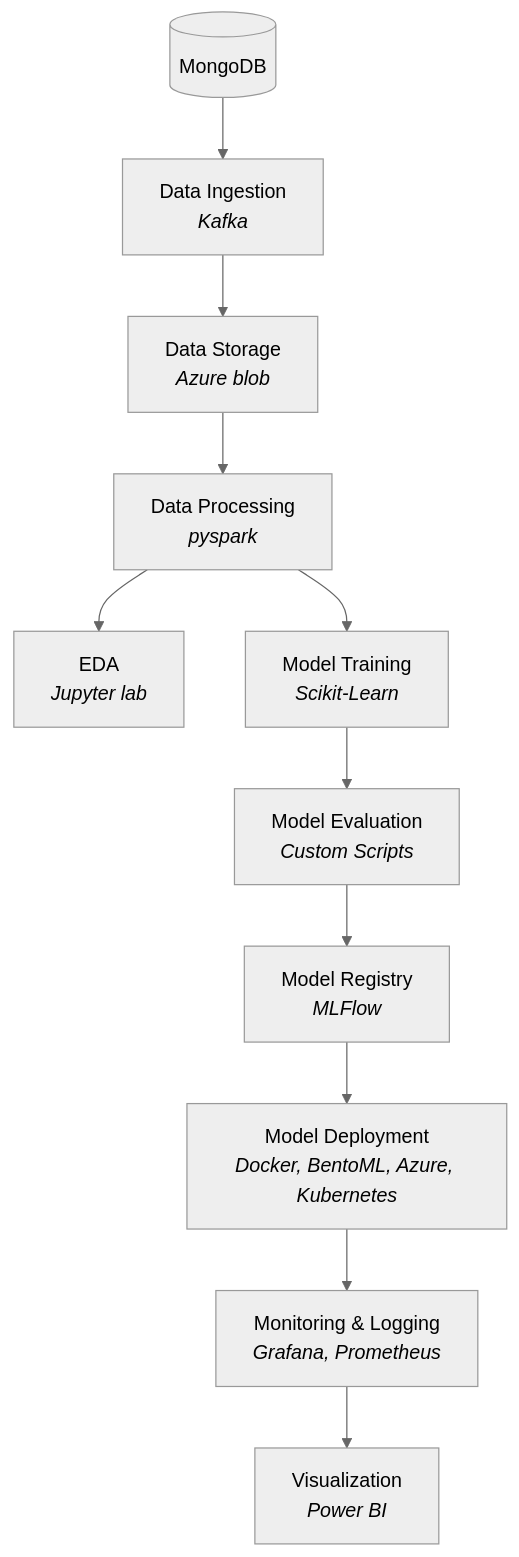
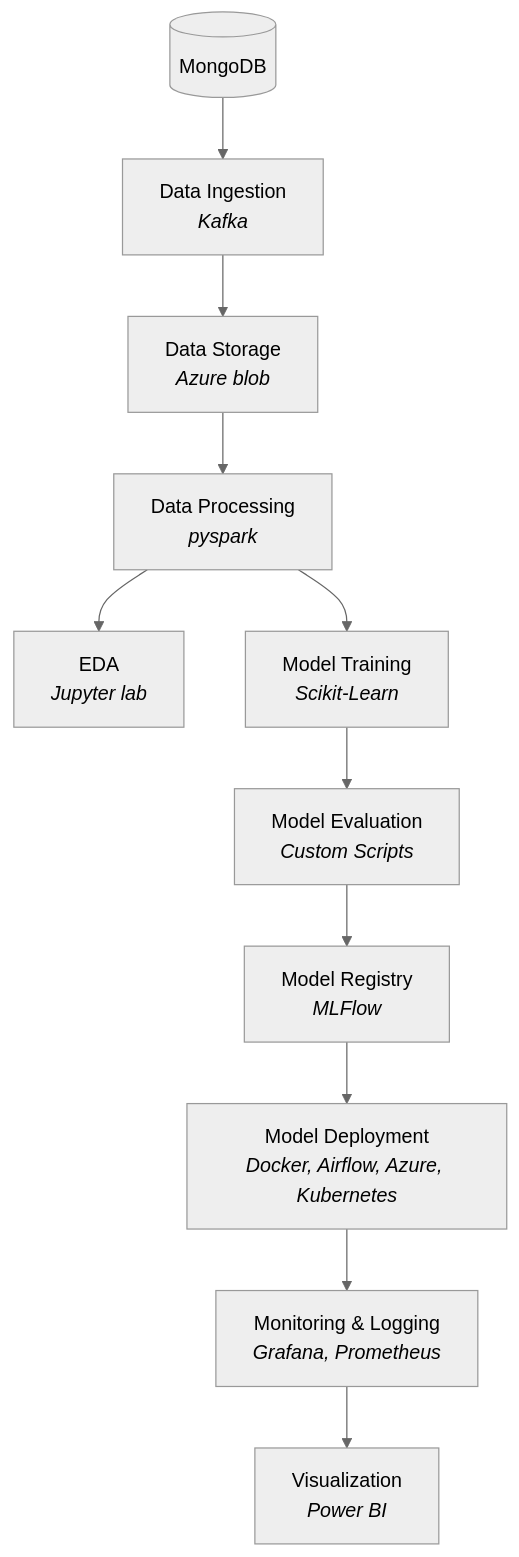
One commit to lintosunny/Credit-Card-Fraud-Detection-Using-Machine-Learning changed the second of 2 diagrams in README.md. Above: the diagram before and after it, drawn with Mermaid (neutral theme).

````diff
--- a/README.md
+++ b/README.md
@@ -39,23 +39,23 @@
 ```mermaid
 flowchart TD
     A[(MongoDB)] --> B["`Data Ingestion
     _Kafka_`"]
     B --> C["`Data Storage
     _Azure blob_`"]
     C --> D["`Data Processing
     _pyspark_`"]
     D --> E["`EDA
     _Jupyter lab_`"]
     D --> F["`Model Training
     _Scikit-Learn_`"]
     F --> G["`Model Evaluation
     _Custom Scripts_`"]
     G --> H["`Model Registry
     _MLFlow_`"]
     H --> I["`Model Deployment
-    _Docker, BentoML, Azure, Kubernetes_`"]
+    _Docker, Airflow, Azure, Kubernetes_`"]
     I --> J["`Monitoring & Logging
     _Grafana, Prometheus_`"]
     J --> K["`Visualization
     _Power BI_`"]
 ```
````
